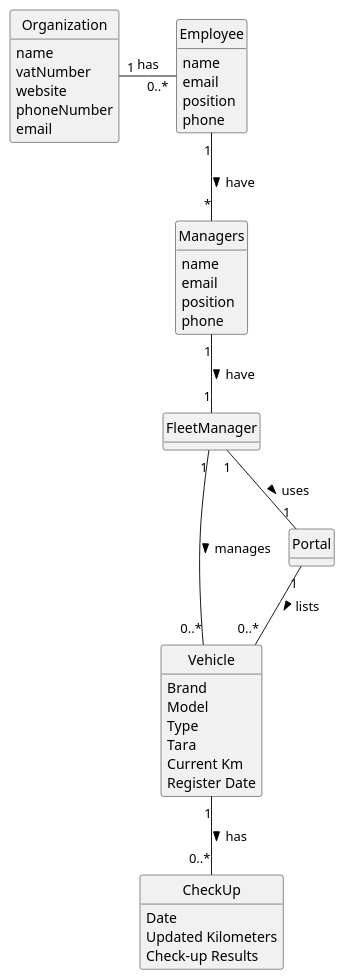
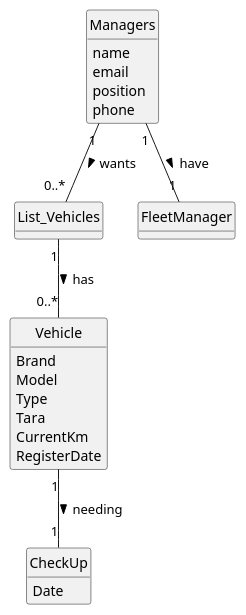
The diagram in docs/sprintA/us008/02.analysis/puml/us008-domain-model.puml (Departamento-de-Engenharia-Informatica/lei-24-s2-1df-1de-g063), drawn with PlantUML before and after one commit. The commit also changed 8 other files, not shown here.

```diff
--- a/docs/sprintA/us008/02.analysis/puml/us008-domain-model.puml
+++ b/docs/sprintA/us008/02.analysis/puml/us008-domain-model.puml
@@ -1,61 +1,44 @@
 @startuml
 skinparam monochrome true
 skinparam packageStyle rectangle
 skinparam shadowing false
-
+skinparam monochrome true
+skinparam packageStyle rectangle
+skinparam shadowing false
+'skinparam linetype ortho
 'left to right direction
-
 skinparam classAttributeIconSize 0
-
 hide circle
 hide methods
 
-class Vehicle {
-  Brand
+class List_Vehicles {
+}
+
+class Vehicle{
+ Brand
   Model
   Type
   Tara
-  Current Km
-  Register Date
+  CurrentKm
+  RegisterDate
 }
 
 class FleetManager {
 }
 
 class CheckUp {
   Date
-  Updated Kilometers
-  Check-up Results
 }
 
-class Portal{
-
-}
-class Organization {
-    name
-    vatNumber
-    website
-    phoneNumber
-    email
-}
-class Employee {
-    name
-    email
-    position
-    phone
-}
 class Managers {
     name
     email
     position
     phone
 }
-Organization "1" - "0..*" Employee : has
-Employee "1" -- "*" Managers : have >
+
 Managers "1" -- "1" FleetManager : have >
-FleetManager "1" -- "1" Portal : uses >
-FleetManager "1" -- "0..*" Vehicle : manages >
-Vehicle "1" -- "0..*" CheckUp : has >
-Portal "1" -- "0..*" Vehicle : lists >
-
+Managers "1" -- "0..*" List_Vehicles : wants >
+Vehicle "1" -- "1" CheckUp : needing >
+List_Vehicles "1" -- "0..*" Vehicle : has >
 @enduml
```
